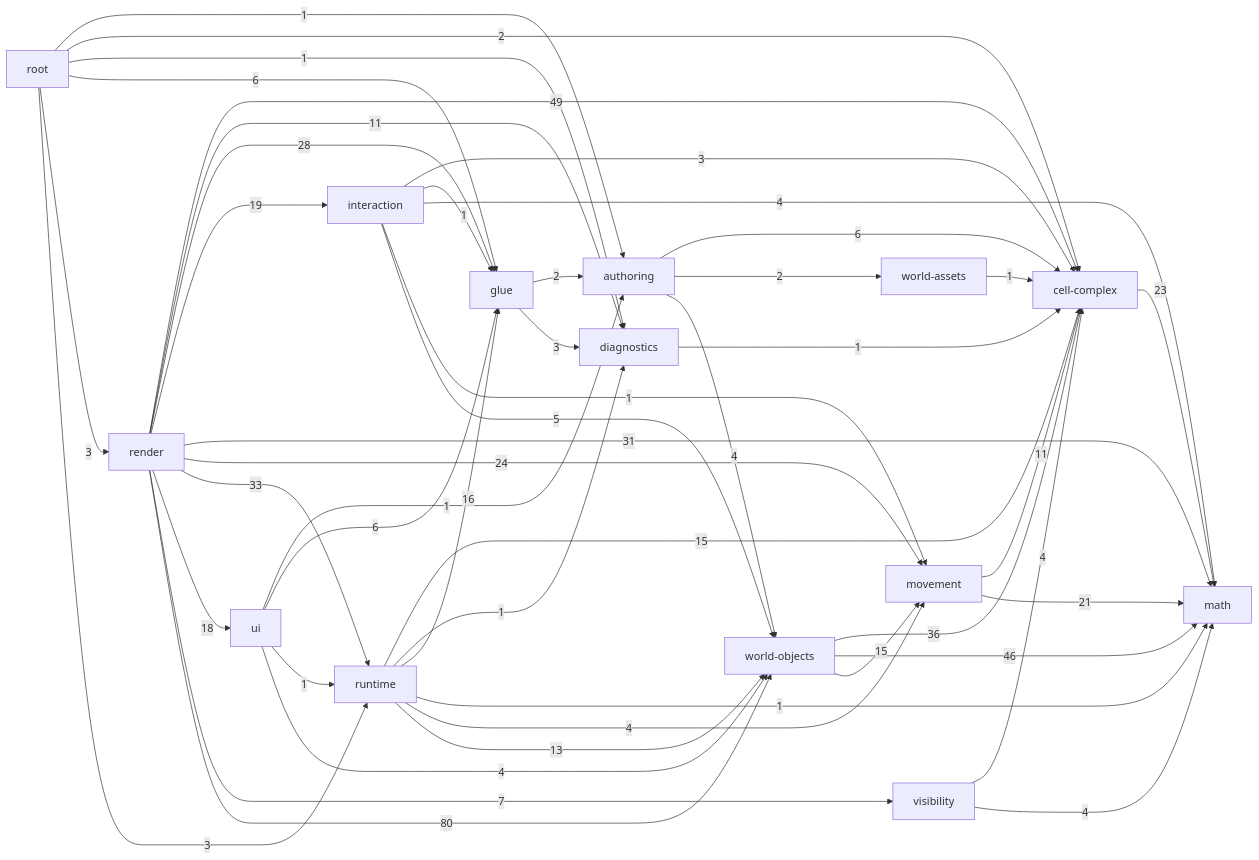
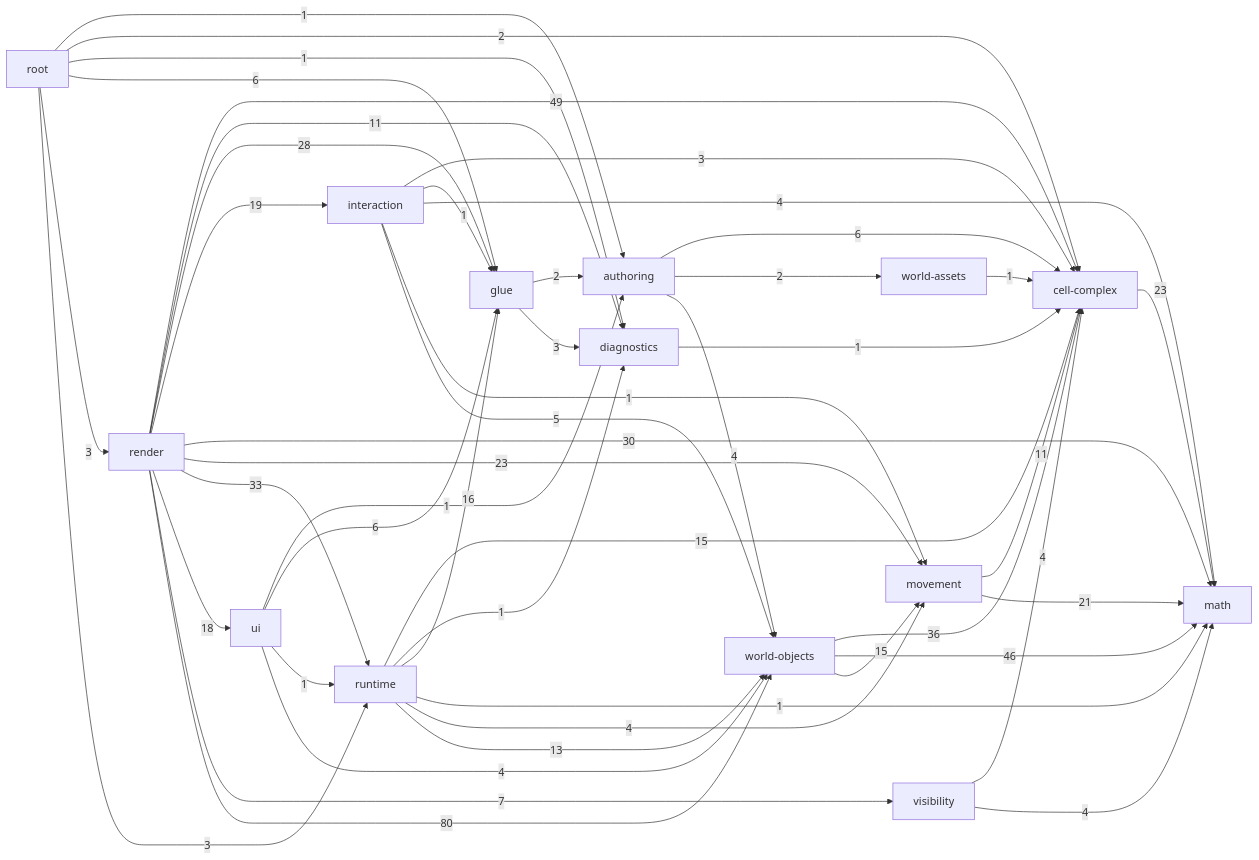
The diagram in _docs/generated/ARCHITECTURE_REFERENCE.md (guraltsev/noneuclid-fpv), drawn with Mermaid before and after one commit. The commit also changed other lines of this file and 12 other files, not shown here.

````diff
--- a/_docs/generated/ARCHITECTURE_REFERENCE.md
+++ b/_docs/generated/ARCHITECTURE_REFERENCE.md
@@ -35,63 +35,63 @@
 ```mermaid
 flowchart LR
   math["math"]
   cell_complex["cell-complex"]
   diagnostics["diagnostics"]
   visibility["visibility"]
   movement["movement"]
   world_assets["world-assets"]
   world_objects["world-objects"]
   authoring["authoring"]
   glue["glue"]
   interaction["interaction"]
   runtime["runtime"]
   ui["ui"]
   render["render"]
   root["root"]
   authoring -->|6| cell_complex
   authoring -->|2| world_assets
   authoring -->|4| world_objects
   cell_complex -->|23| math
   diagnostics -->|1| cell_complex
   glue -->|2| authoring
   glue -->|3| diagnostics
   interaction -->|3| cell_complex
   interaction -->|1| glue
   interaction -->|4| math
   interaction -->|1| movement
   interaction -->|5| world_objects
   movement -->|11| cell_complex
   movement -->|21| math
   render -->|49| cell_complex
   render -->|11| diagnostics
   render -->|28| glue
   render -->|19| interaction
-  render -->|31| math
-  render -->|24| movement
+  render -->|30| math
+  render -->|23| movement
   render -->|33| runtime
   render -->|18| ui
   render -->|7| visibility
   render -->|80| world_objects
   root -->|1| authoring
   root -->|2| cell_complex
   root -->|1| diagnostics
   root -->|6| glue
   root -->|3| render
   root -->|3| runtime
   runtime -->|15| cell_complex
   runtime -->|1| diagnostics
   runtime -->|16| glue
   runtime -->|1| math
   runtime -->|4| movement
   runtime -->|13| world_objects
   ui -->|1| authoring
   ui -->|6| glue
   ui -->|1| runtime
   ui -->|4| world_objects
   visibility -->|4| cell_complex
   visibility -->|4| math
   world_assets -->|1| cell_complex
   world_objects -->|36| cell_complex
   world_objects -->|46| math
   world_objects -->|15| movement
 ```
````
